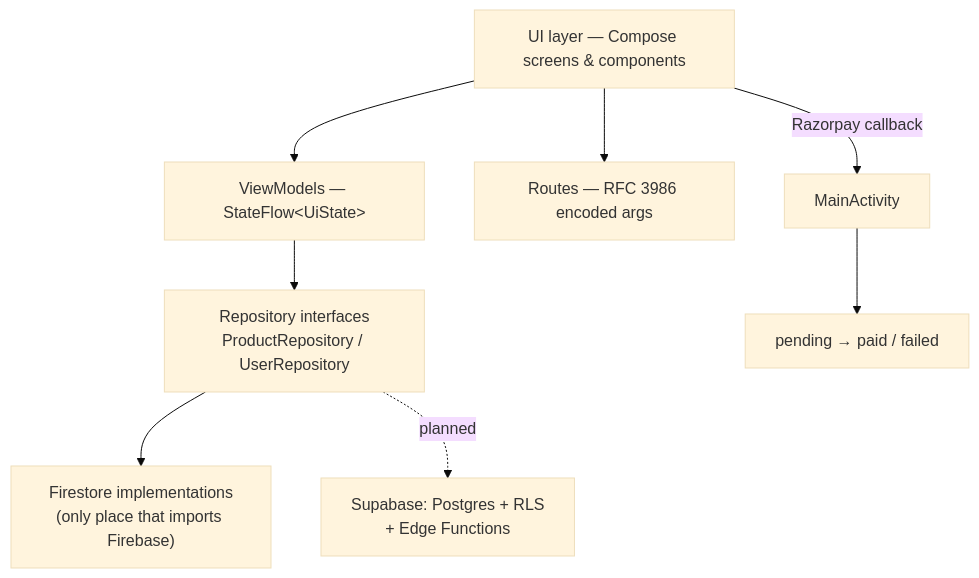
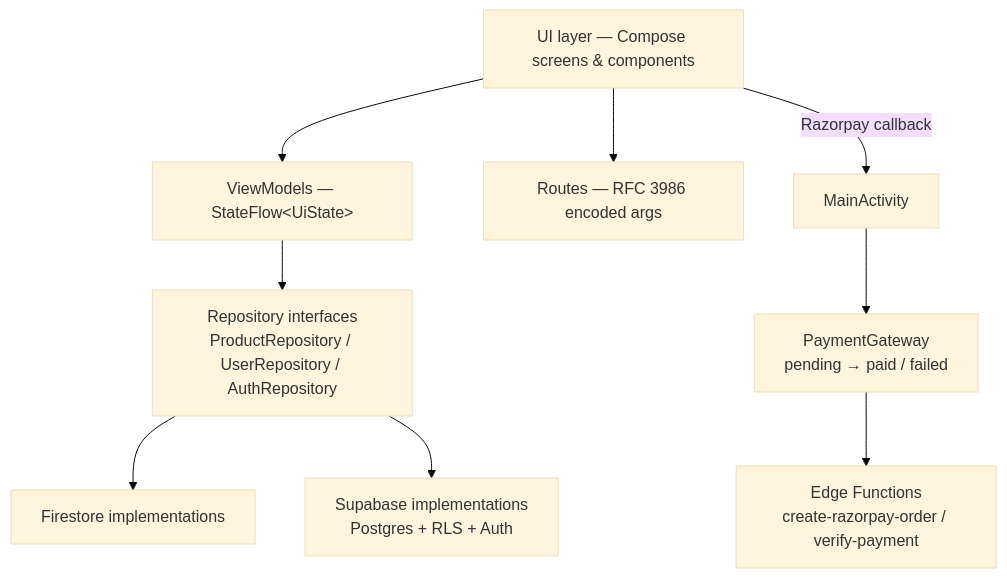
One commit to riCl3/WooCom changed the diagram in README.md. Above: the diagram before and after it, drawn with Mermaid (base theme). The commit also changed other lines of this file and 28 other files, not shown here.

First line of the commit message:
Add Supabase backend behind the existing repository interfaces

````diff
--- a/README.md
+++ b/README.md
@@ -30,10 +32,11 @@
 ```mermaid
 flowchart TD
     UI["UI layer — Compose screens &amp; components"] --> VM["ViewModels — StateFlow&lt;UiState&gt;"]
-    VM --> RI["Repository interfaces<br/>ProductRepository / UserRepository"]
-    RI --> FI["Firestore implementations<br/>(only place that imports Firebase)"]
-    RI -. planned .-> SB["Supabase: Postgres + RLS<br/>+ Edge Functions"]
+    VM --> RI["Repository interfaces<br/>ProductRepository / UserRepository / AuthRepository"]
+    RI --> FI["Firestore implementations"]
+    RI --> SB["Supabase implementations<br/>Postgres + RLS + Auth"]
     UI --> NAV["Routes — RFC 3986 encoded args"]
     UI -- "Razorpay callback" --> ACT["MainActivity"]
-    ACT --> ORDER["pending → paid / failed"]
+    ACT --> PG["PaymentGateway<br/>pending → paid / failed"]
+    PG --> EF["Edge Functions<br/>create-razorpay-order / verify-payment"]
 ```
````
